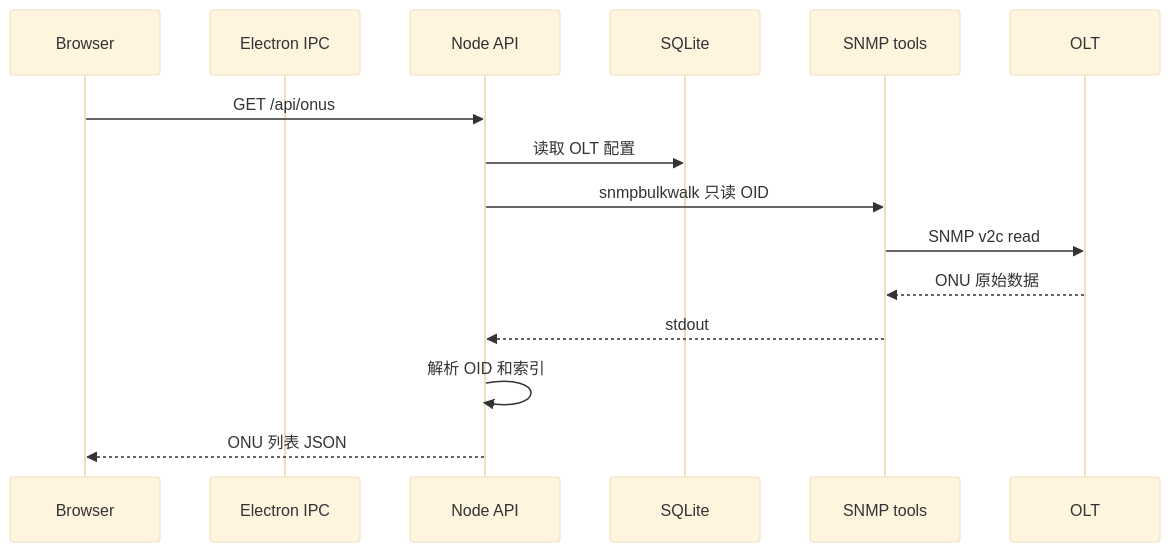
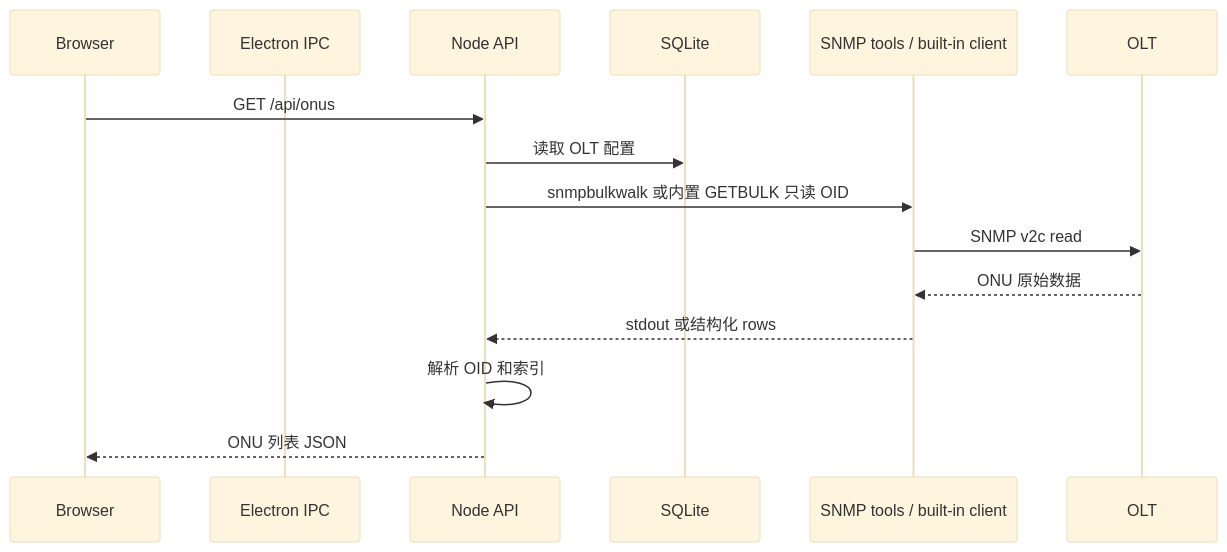
Before and after one commit to landvd/OLT-Manager: the third of 7 diagrams in docs/design/sequence.md, drawn with Mermaid (base theme). The commit also changed other lines of this file and 12 other files, not shown here.

Commit message:
fix: add built-in snmp fallback for win7

````diff
--- a/docs/design/sequence.md
+++ b/docs/design/sequence.md
@@ -49,18 +49,18 @@
 ```mermaid
 sequenceDiagram
   participant Browser as Browser
   participant Electron as Electron IPC
   participant API as Node API
   participant DB as SQLite
-  participant SNMP as SNMP tools
+  participant SNMP as SNMP tools / built-in client
   participant OLT as OLT
 
   Browser->>API: GET /api/onus
   API->>DB: 读取 OLT 配置
-  API->>SNMP: snmpbulkwalk 只读 OID
+  API->>SNMP: snmpbulkwalk 或内置 GETBULK 只读 OID
   SNMP->>OLT: SNMP v2c read
   OLT-->>SNMP: ONU 原始数据
-  SNMP-->>API: stdout
+  SNMP-->>API: stdout 或结构化 rows
   API->>API: 解析 OID 和索引
   API-->>Browser: ONU 列表 JSON
 ```
````
